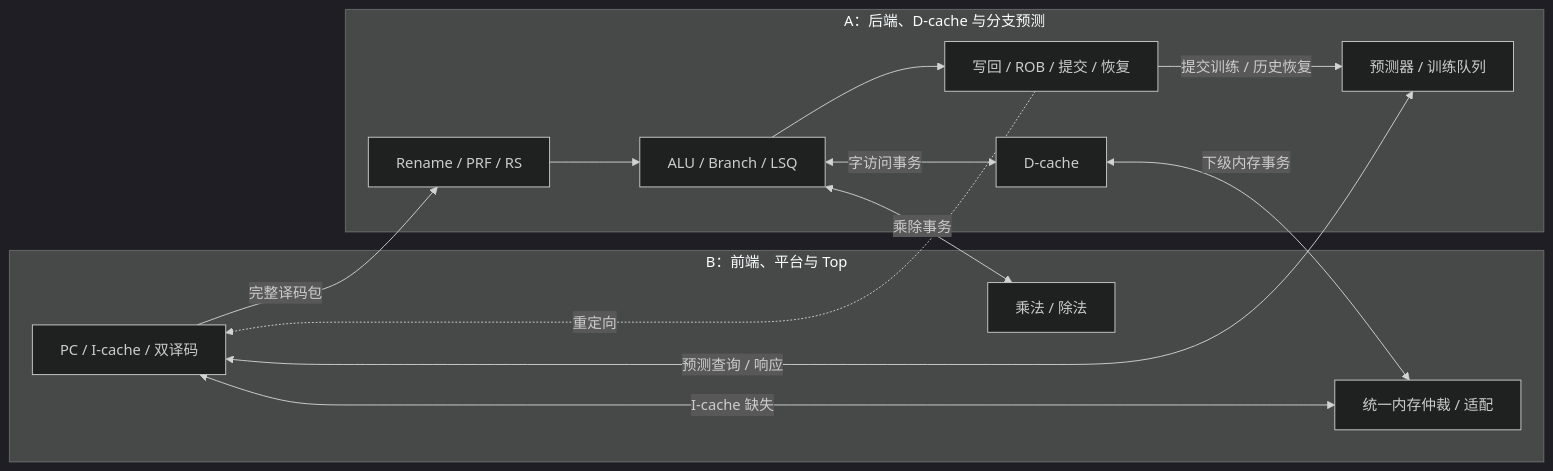
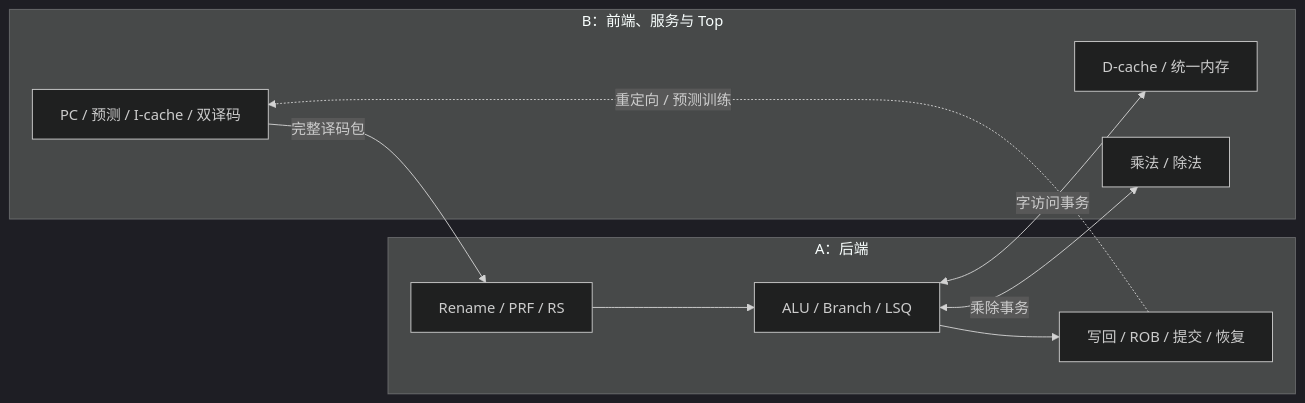
The diagram in docs/planning/project-ab-plan.md (Team-Homework/ParaRISC), drawn with Mermaid (dark theme) before and after one commit. The commit also changed other lines of this file and 13 other files, not shown here.

````diff
--- a/docs/planning/project-ab-plan.md
+++ b/docs/planning/project-ab-plan.md
@@ -18,22 +18,16 @@
 ```mermaid
 flowchart LR
-  subgraph B["B：前端、平台与 Top"]
-    FE["PC / I-cache / 双译码"]
-    MEM["统一内存仲裁 / 适配"]
+  subgraph B["B：前端、服务与 Top"]
+    FE["PC / 预测 / I-cache / 双译码"]
+    DC["D-cache / 统一内存"]
     MDU["乘法 / 除法"]
   end
-  subgraph A["A：后端、D-cache 与分支预测"]
+  subgraph A["A：后端"]
     REN["Rename / PRF / RS"] --> EX["ALU / Branch / LSQ"]
     EX --> ROB["写回 / ROB / 提交 / 恢复"]
-    DC["D-cache"]
-    BP["预测器 / 训练队列"]
   end
   FE -->|"完整译码包"| REN
-  ROB -. "重定向" .-> FE
-  ROB -->|"提交训练 / 历史恢复"| BP
-  FE <-->|"预测查询 / 响应"| BP
+  ROB -. "重定向 / 预测训练" .-> FE
   EX <-->|"字访问事务"| DC
-  DC <-->|"下级内存事务"| MEM
-  FE <-->|"I-cache 缺失"| MEM
   EX <-->|"乘除事务"| MDU
 ```
````
